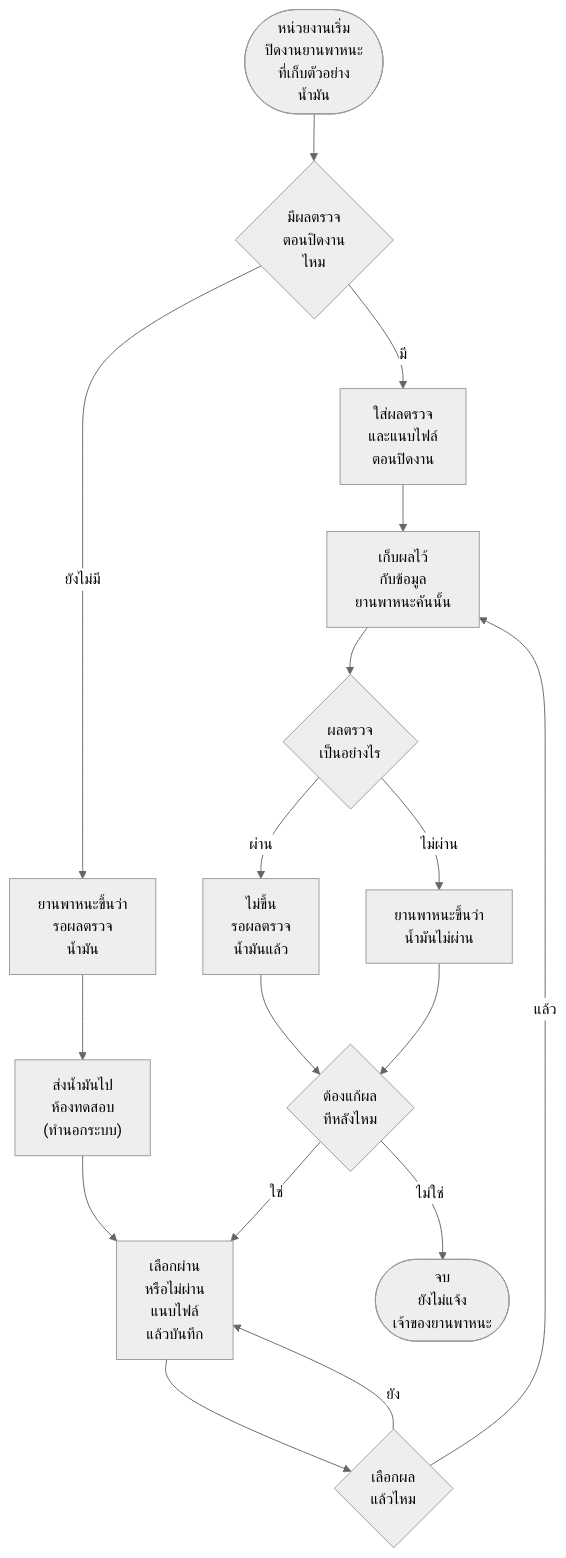
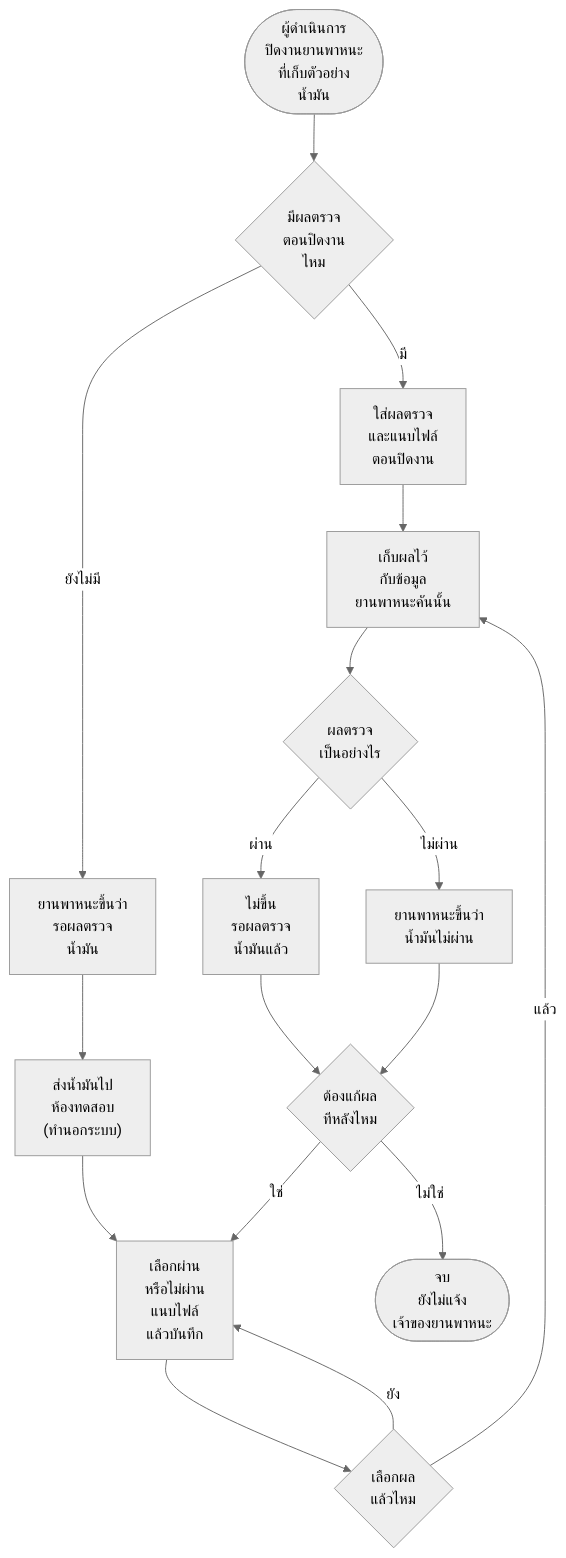
Before and after one commit to anugmail/Maintenance-Request-Form: diagram 14 of 19 in Diagram/01-บำรุงรักษาตามวาระ/27-บำรุงรักษา-flowchart-กิจกรรม.md, drawn with Mermaid (neutral theme). The commit also changed other lines of this file and 21 other files, not shown here.

````diff
--- a/Diagram/01-บำรุงรักษาตามวาระ/27-บำรุงรักษา-flowchart-กิจกรรม.md
+++ b/Diagram/01-บำรุงรักษาตามวาระ/27-บำรุงรักษา-flowchart-กิจกรรม.md
@@ -301,19 +303,19 @@
 ```mermaid
 flowchart TD
-    S(["หน่วยงานเริ่ม<br/>ปิดงานยานพาหนะ<br/>ที่เก็บตัวอย่าง<br/>น้ำมัน"]) --> Q1{"มีผลตรวจ<br/>ตอนปิดงาน<br/>ไหม"}
+    S(["ผู้ดำเนินการ<br/>ปิดงานยานพาหนะ<br/>ที่เก็บตัวอย่าง<br/>น้ำมัน"]) --> Q1{"มีผลตรวจ<br/>ตอนปิดงาน<br/>ไหม"}
     Q1 -->|มี| A1["ใส่ผลตรวจ<br/>และแนบไฟล์<br/>ตอนปิดงาน"]
     Q1 -->|ยังไม่มี| A2["ยานพาหนะขึ้นว่า<br/>รอผลตรวจ<br/>น้ำมัน"]
     A2 --> A3["ส่งน้ำมันไป<br/>ห้องทดสอบ<br/>(ทำนอกระบบ)"]
     A3 --> A4["เลือกผ่าน<br/>หรือไม่ผ่าน<br/>แนบไฟล์<br/>แล้วบันทึก"]
     A4 --> Q2{"เลือกผล<br/>แล้วไหม"}
     Q2 -->|ยัง| A4
     Q2 -->|แล้ว| A5
     A1 --> A5["เก็บผลไว้<br/>กับข้อมูล<br/>ยานพาหนะคันนั้น"]
     A5 --> Q3{"ผลตรวจ<br/>เป็นอย่างไร"}
     Q3 -->|ผ่าน| A6["ไม่ขึ้น<br/>รอผลตรวจ<br/>น้ำมันแล้ว"]
     Q3 -->|ไม่ผ่าน| A7["ยานพาหนะขึ้นว่า<br/>น้ำมันไม่ผ่าน"]
     A6 --> Q4
     A7 --> Q4{"ต้องแก้ผล<br/>ทีหลังไหม"}
     Q4 -->|ใช่| A4
     Q4 -->|ไม่ใช่| E(["จบ<br/>ยังไม่แจ้ง<br/>เจ้าของยานพาหนะ"])
 ```
````
